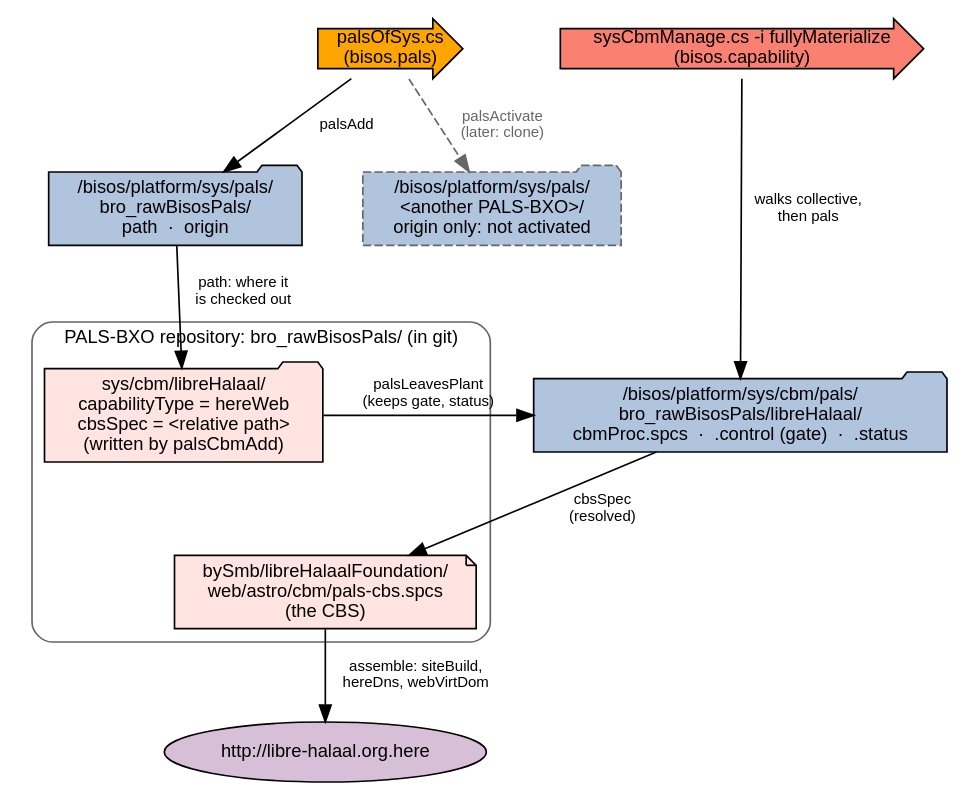
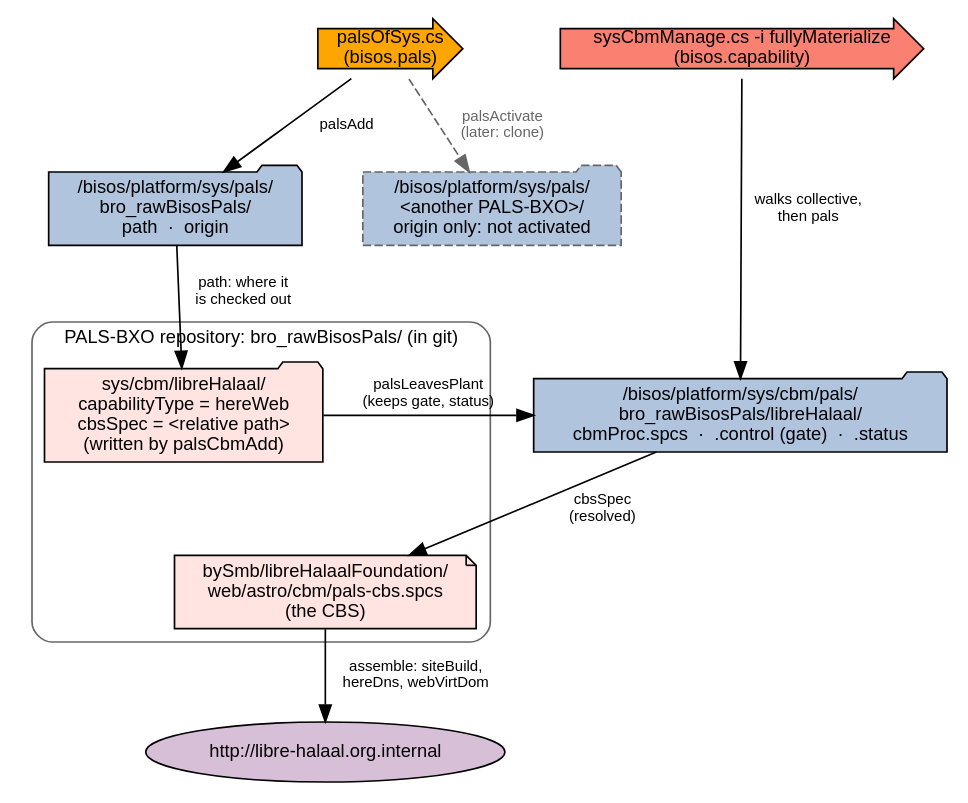
The diagram in py3/images/palsModel.gv (bisos-pip/pals), drawn with Graphviz before and after one commit. The commit also changed 17 other files, not shown here.

```diff
--- a/py3/images/palsModel.gv
+++ b/py3/images/palsModel.gv
@@ -1,57 +1,57 @@
 digraph {
 	fontname=Helvetica newrank=true nodesep=0.5 rankdir=TB ranksep=0.5
 	node [fontname=Helvetica fontsize=11]
 	edge [fontname=Helvetica fontsize=9]
 	palsOfSys [label="palsOfSys.cs
 (bisos.pals)" fillcolor=orange shape=rarrow style=filled]
 	walk [label="sysCbmManage.cs -i fullyMaterialize
 (bisos.capability)" fillcolor=salmon shape=rarrow style=filled]
 	sysPals [label="/bisos/platform/sys/pals/
 bro_rawBisosPals/
 path  ·  origin" fillcolor=lightsteelblue shape=folder style=filled]
 	sysPalsOther [label="/bisos/platform/sys/pals/
 <another PALS-BXO>/
 origin only: not activated" color=gray40 fillcolor=lightsteelblue shape=folder style="filled,dashed"]
 	leaf [label="/bisos/platform/sys/cbm/pals/
 bro_rawBisosPals/libreHalaal/
 cbmProc.spcs  ·  .control (gate)  ·  .status" fillcolor=lightsteelblue shape=folder style=filled]
 	subgraph cluster_repo {
 		color=gray40 fontsize=11 label="PALS-BXO repository: bro_rawBisosPals/ (in git)" style=rounded
 		cbmDecl [label="sys/cbm/libreHalaal/
 capabilityType = hereWeb
 cbsSpec = <relative path>
 (written by palsCbmAdd)" fillcolor=mistyrose shape=folder style=filled]
 		cbs [label="bySmb/libreHalaalFoundation/
 web/astro/cbm/pals-cbs.spcs
 (the CBS)" fillcolor=mistyrose shape=note style=filled]
 	}
-	site [label="http://libre-halaal.org.here" fillcolor=thistle shape=ellipse style=filled]
+	site [label="http://libre-halaal.org.internal" fillcolor=thistle shape=ellipse style=filled]
 	{
 		rank=same
 		palsOfSys
 		walk
 	}
 	{
 		rank=same
 		sysPals
 		sysPalsOther
 	}
 	{
 		rank=same
 		cbmDecl
 		leaf
 	}
 	palsOfSys -> sysPals [label="  palsAdd"]
 	palsOfSys -> sysPalsOther [label="  palsActivate
   (later: clone)" color=gray40 fontcolor=gray40 style=dashed]
 	sysPals -> cbmDecl [label="  path: where it
   is checked out"]
 	cbmDecl -> leaf [label="palsLeavesPlant
 (keeps gate, status)"]
 	walk -> leaf [label="  walks collective,
   then pals"]
 	leaf -> cbs [label="  cbsSpec
   (resolved)"]
 	cbs -> site [label="  assemble: siteBuild,
   hereDns, webVirtDom"]
 }
```
